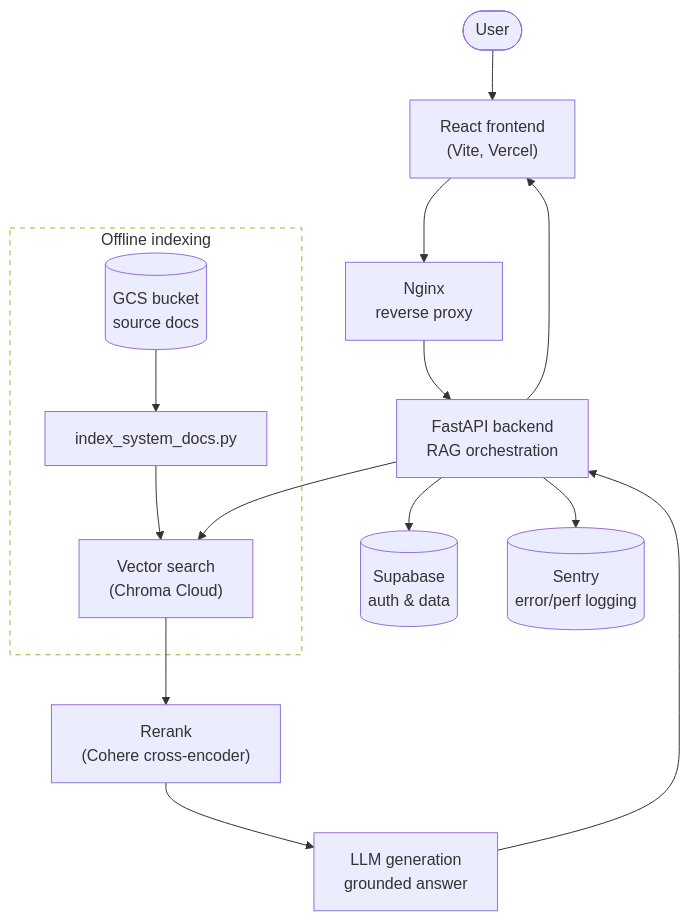
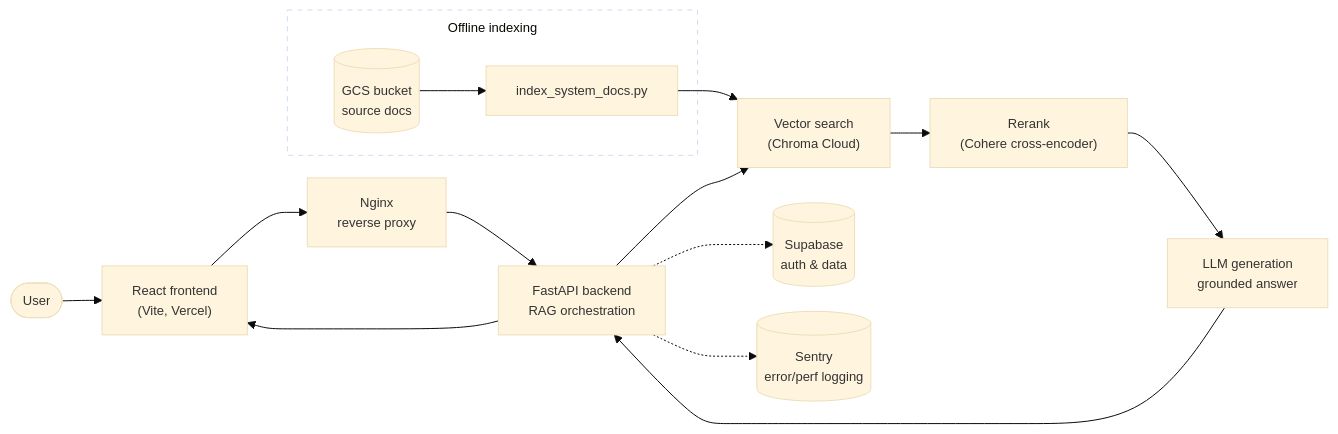
Before and after one commit to xurichard19/strength-and-conditioning-rag: the diagram in README.md, drawn with Mermaid.

Commit message:
Update flowchart in README with authentication and logging

````diff
--- a/README.md
+++ b/README.md
@@ -7,22 +7,23 @@
 ```mermaid
-flowchart TD
+%%{init: {'theme': 'base', 'themeVariables': {'fontSize': '13px'}, 'flowchart': {'nodeSpacing': 25, 'rankSpacing': 40, 'curve': 'basis', 'subGraphTitleMargin': {'top': 8, 'bottom': 8}}}}%%
+flowchart LR
     User(["User"]) --> FE["React frontend<br/>(Vite, Vercel)"]
     FE --> Nginx["Nginx<br/>reverse proxy"]
     Nginx --> API["FastAPI backend<br/>RAG orchestration"]
-
-    API --> Auth[("Supabase<br/>auth & data")]
-    API --> Log[("Sentry<br/>error/perf logging")]
 
     API --> Retrieve["Vector search<br/>(Chroma Cloud)"]
     Retrieve --> Rerank["Rerank<br/>(Cohere cross-encoder)"]
     Rerank --> Gen["LLM generation<br/>grounded answer"]
     Gen --> API
     API --> FE
 
+    API -.-> Auth[("Supabase<br/>auth & data")]
+    API -.-> Log[("Sentry<br/>error/perf logging")]
+
     subgraph Ingestion["Offline indexing"]
         Docs[("GCS bucket<br/>source docs")] --> Index["index_system_docs.py"]
-        Index --> Retrieve
     end
+    Index --> Retrieve
 
     style Ingestion fill:none,stroke-dasharray: 5 5
 ```
````
